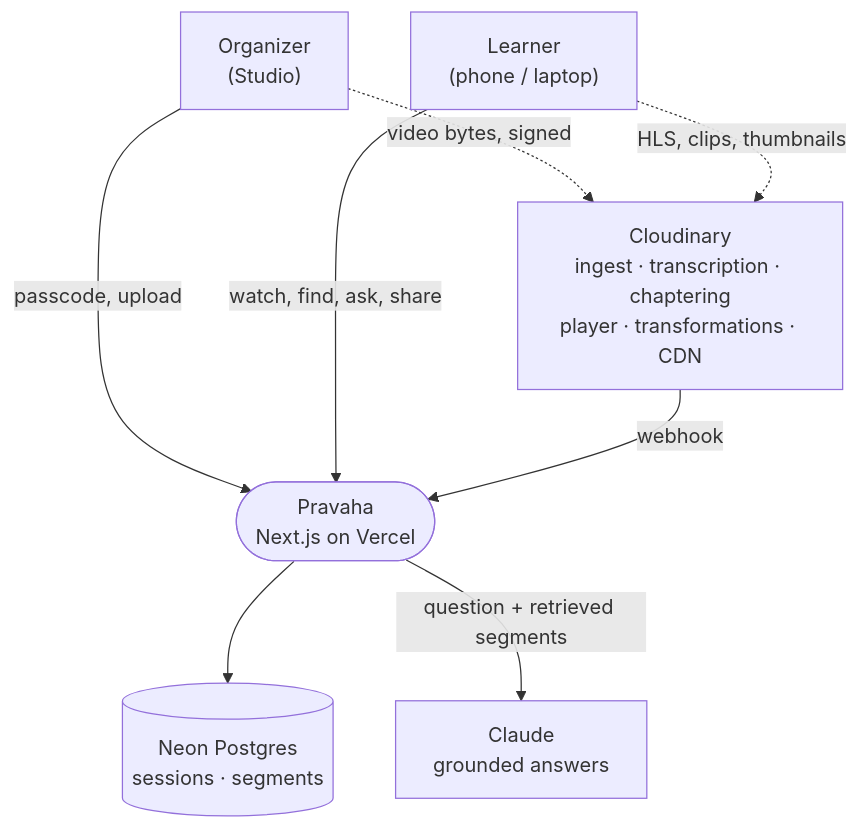
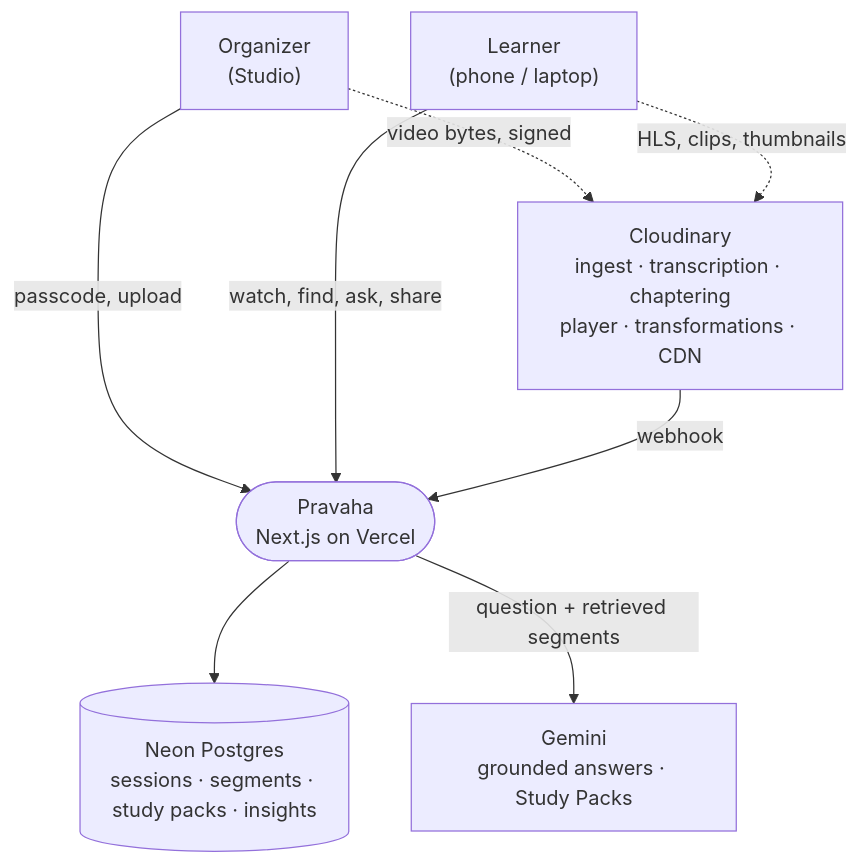
One commit to HackIndiaXYZ/pixels-to-products-cloudinary-ai-hackathon-2026-code-blooded changed the first of 9 diagrams in docs/ARCHITECTURE.md. Above: the diagram before and after it, drawn with Mermaid. The commit also changed other lines of this file and 19 other files, not shown here.

First line of the commit message:
docs: align current-state docs with the Gemini AI layer and v3 schema

````diff
--- a/docs/ARCHITECTURE.md
+++ b/docs/ARCHITECTURE.md
@@ -7,17 +7,17 @@
 ```mermaid
 flowchart TB
     Organizer["Organizer<br/>(Studio)"]
     Learner["Learner<br/>(phone / laptop)"]
     Pravaha(["Pravaha<br/>Next.js on Vercel"])
     Cloudinary["Cloudinary<br/>ingest · transcription · chaptering<br/>player · transformations · CDN"]
-    Claude["Claude<br/>grounded answers"]
-    DB[("Neon Postgres<br/>sessions · segments")]
+    Gemini["Gemini<br/>grounded answers · Study Packs"]
+    DB[("Neon Postgres<br/>sessions · segments · study packs · insights")]
 
     Organizer -->|passcode, upload| Pravaha
     Learner -->|watch, find, ask, share| Pravaha
     Organizer -.->|video bytes, signed| Cloudinary
     Learner -.->|HLS, clips, thumbnails| Cloudinary
     Cloudinary -->|webhook| Pravaha
     Pravaha --> DB
-    Pravaha -->|question + retrieved segments| Claude
+    Pravaha -->|question + retrieved segments| Gemini
 ```
````
